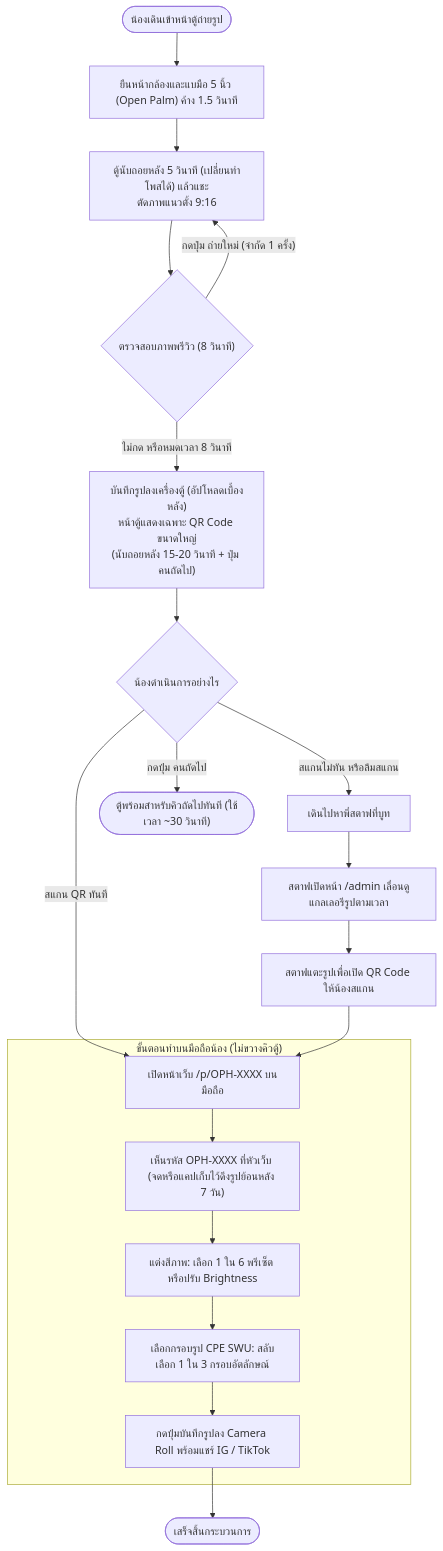
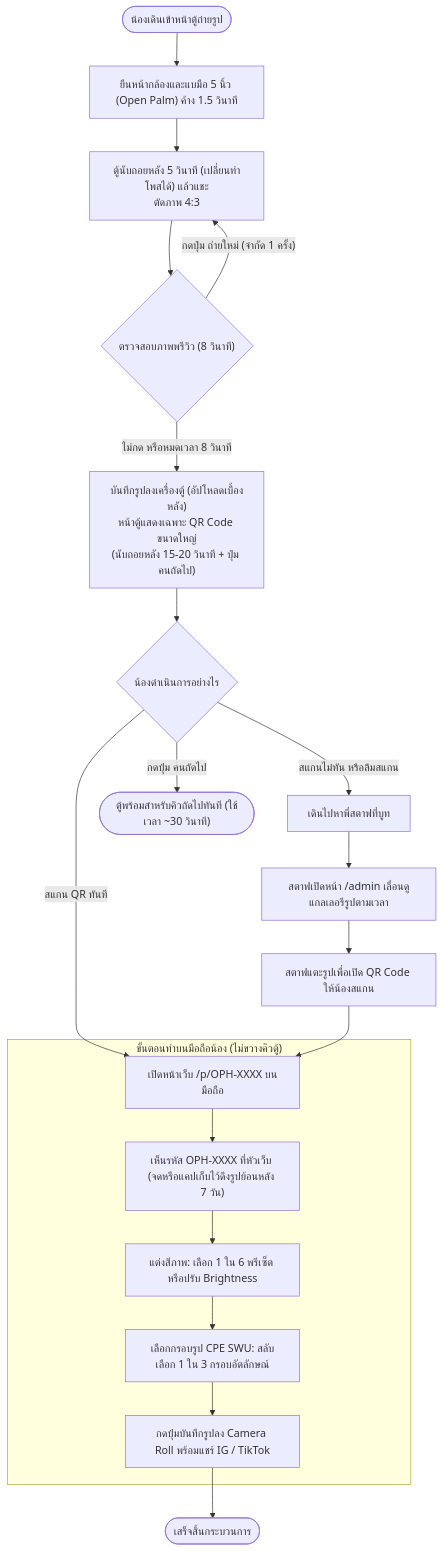
The second of 2 diagrams in docs/system-overview.md (icelandz9/swu-openhouse), drawn with Mermaid before and after one commit. The commit also changed 18 other files, not shown here.

````diff
--- a/docs/system-overview.md
+++ b/docs/system-overview.md
@@ -35,27 +35,27 @@
 ```mermaid
 flowchart TD
     A(["น้องเดินเข้าหน้าตู้ถ่ายรูป"]) --> B["ยืนหน้ากล้องและแบมือ 5 นิ้ว (Open Palm) ค้าง 1.5 วินาที"]
-    B --> C["ตู้นับถอยหลัง 5 วินาที (เปลี่ยนท่าโพสได้) แล้วแชะ<br>ตัดภาพแนวตั้ง 9:16"]
+    B --> C["ตู้นับถอยหลัง 5 วินาที (เปลี่ยนท่าโพสได้) แล้วแชะ<br>ตัดภาพ 4:3"]
     C --> D{"ตรวจสอบภาพพรีวิว (8 วินาที)"}
     
     D -->|"กดปุ่ม ถ่ายใหม่ (จำกัด 1 ครั้ง)"| C
     D -->|"ไม่กด หรือหมดเวลา 8 วินาที"| E["บันทึกรูปลงเครื่องตู้ (อัปโหลดเบื้องหลัง)<br>หน้าตู้แสดงเฉพาะ QR Code ขนาดใหญ่<br>(นับถอยหลัง 15-20 วินาที + ปุ่ม คนถัดไป)"]
 
     E --> F{"น้องดำเนินการอย่างไร"}
     F -->|"สแกน QR ทันที"| G["เปิดหน้าเว็บ /p/OPH-XXXX บนมือถือ"]
     F -->|"สแกนไม่ทัน หรือลืมสแกน"| H["เดินไปหาพี่สตาฟที่บูท"]
     F -->|"กดปุ่ม คนถัดไป"| NextPerson(["ตู้พร้อมสำหรับคิวถัดไปทันที (ใช้เวลา ~30 วินาที)"])
 
     H --> I["สตาฟเปิดหน้า /admin เลื่อนดูแกลเลอรีรูปตามเวลา"]
     I --> J["สตาฟแตะรูปเพื่อเปิด QR Code ให้น้องสแกน"]
     J --> G
 
     subgraph MobileCustomization["ขั้นตอนทำบนมือถือน้อง (ไม่ขวางคิวตู้)"]
         G --> M1["เห็นรหัส OPH-XXXX ที่หัวเว็บ (จดหรือแคปเก็บไว้ดึงรูปย้อนหลัง 7 วัน)"]
         M1 --> M2["แต่งสีภาพ: เลือก 1 ใน 6 พรีเซ็ต หรือปรับ Brightness"]
         M2 --> M3["เลือกกรอบรูป CPE SWU: สลับเลือก 1 ใน 3 กรอบอัตลักษณ์"]
         M3 --> M4["กดปุ่มบันทึกรูปลง Camera Roll พร้อมแชร์ IG / TikTok"]
     end
 
     M4 --> End(["เสร็จสิ้นกระบวนการ"])
 ```
````
